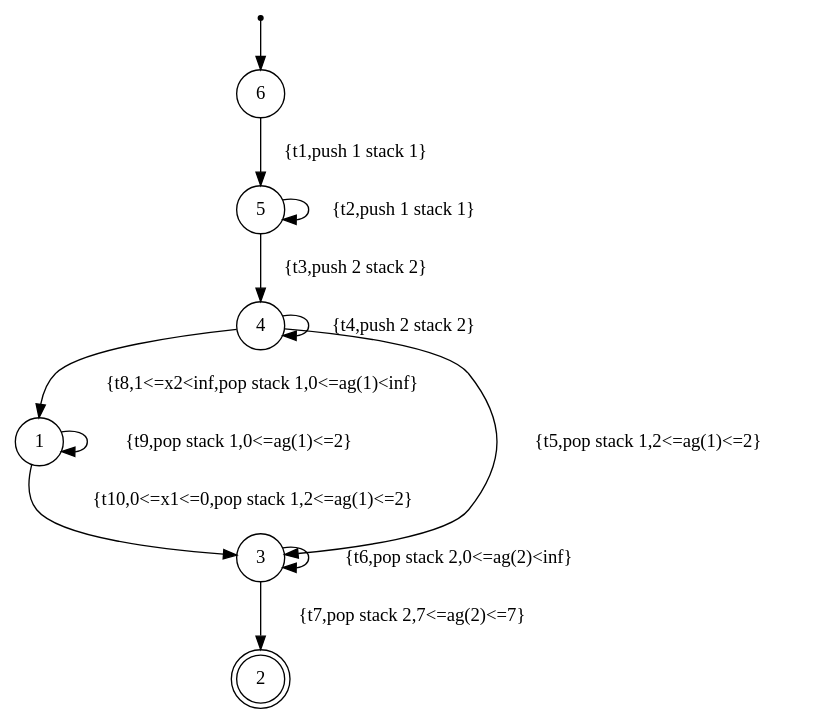
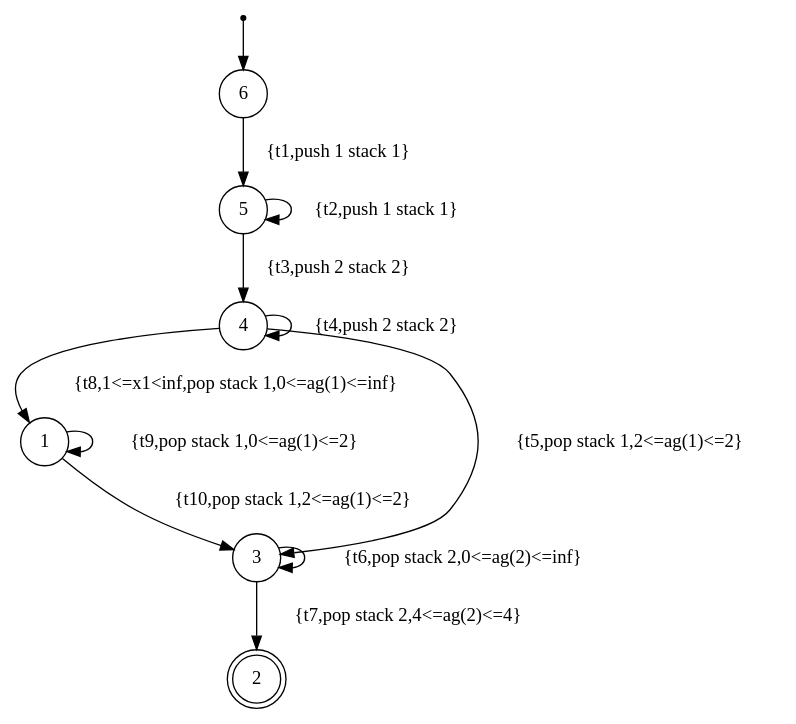
The diagram in Benchmarks in Paper/Timed/Lcrit/Lcrit.xml.dot (Sparsa/bhim), drawn with Graphviz before and after one commit. The commit also changed 18 other files, not shown here.

```diff
--- a/Benchmarks in Paper/Timed/Lcrit/Lcrit.xml.dot
+++ b/Benchmarks in Paper/Timed/Lcrit/Lcrit.xml.dot
@@ -1,16 +1,16 @@
 digraph finite_state_machine {
 	node [shape = point ]; qi0;
 	node [shape = doublecircle];2;
 	node [shape=circle];
 	qi0 -> 6;
 	5 -> 5 [ label = "{t2,push 1 stack 1}" ];
-	1 -> 3 [ label = "{t10,0<=x1<=0,pop stack 1,2<=ag(1)<=2}" ];
+	1 -> 3 [ label = "{t10,pop stack 1,2<=ag(1)<=2}" ];
 	1 -> 1 [ label = "{t9,pop stack 1,0<=ag(1)<=2}" ];
-	4 -> 1 [ label = "{t8,1<=x2<inf,pop stack 1,0<=ag(1)<inf}" ];
-	3 -> 2 [ label = "{t7,pop stack 2,7<=ag(2)<=7}" ];
-	3 -> 3 [ label = "{t6,pop stack 2,0<=ag(2)<inf}" ];
+	4 -> 1 [ label = "{t8,1<=x1<inf,pop stack 1,0<=ag(1)<=inf}" ];
+	3 -> 2 [ label = "{t7,pop stack 2,4<=ag(2)<=4}" ];
+	3 -> 3 [ label = "{t6,pop stack 2,0<=ag(2)<=inf}" ];
 	4 -> 4 [ label = "{t4,push 2 stack 2}" ];
 	4 -> 3 [ label = "{t5,pop stack 1,2<=ag(1)<=2}" ];
 	5 -> 4 [ label = "{t3,push 2 stack 2}" ];
 	6 -> 5 [ label = "{t1,push 1 stack 1}" ];
 }
```
